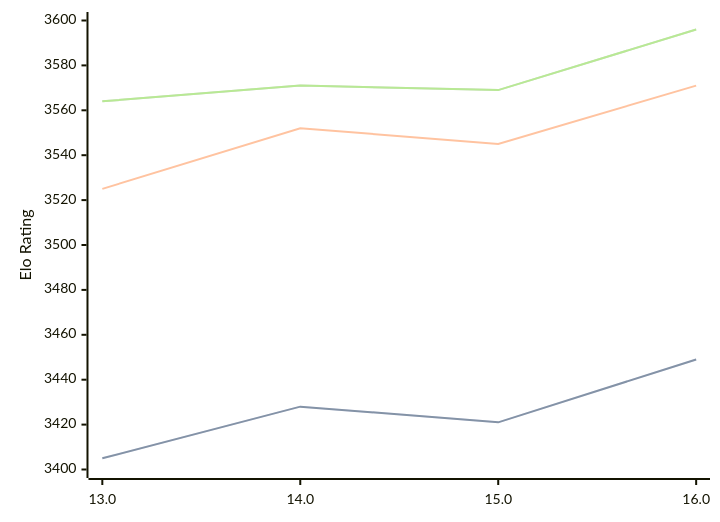
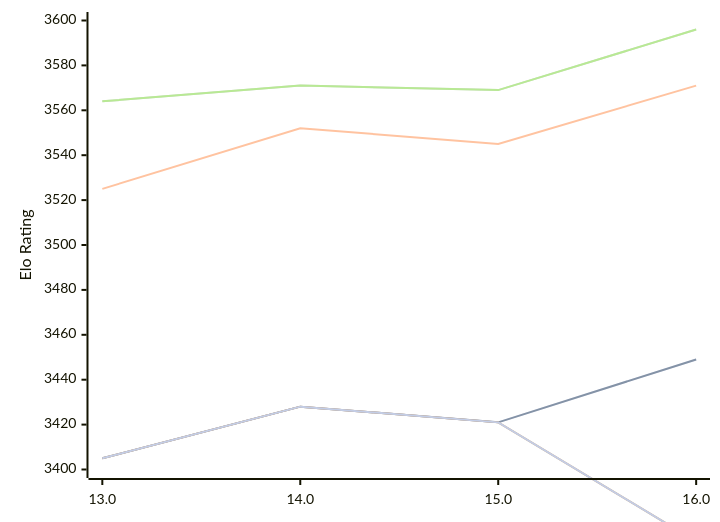
The diagram in engines/Obsidian.md (computer-chess-index/cci), drawn with Mermaid before and after one commit. The commit also changed other lines of this file, not shown here.

Commit message:
Update CCI Ratings (ELO VLTC) - 2026-10-11

````diff
--- a/engines/Obsidian.md
+++ b/engines/Obsidian.md
@@ -50,16 +50,13 @@
 ```mermaid
 %%{init: {"theme":"base","themeVariables":{"seriesColors:['#a3a3a3','#222221','#faa371']}}}%%
 xychart-beta
   x-axis ["13.0", "14.0", "15.0", "16.0"]
   y-axis "Elo Rating" 3400 --> 3600
   line "" [3405, 3428, 3421, 3449]
   line "T1: STC (8.0+0.08s)" [3405, 3428, 3421, 3449]
   line "T1: LTC (60.0+0.60s)" [3525, 3552, 3545, 3571]
   line "" [3564, 3571, 3569, 3596]
   line "T1: VLTC (2m24s+1.12s)" [3564, 3571, 3569, 3596]
-  line "" [3355]
-  line "E1: STC (8.0+0.08s)" [3355]
-  line "E1: LTC (60.0+0.60s)" [3569]
-  line "" [3614]
-  line "E1: VLTC (2m24s+1.12s)" [3614]
+  line "" [3405, 3428, 3421,3368]
+  line "E1: STC (8.0+0.08s)" [3405, 3428, 3421,3368]
 ```
````
